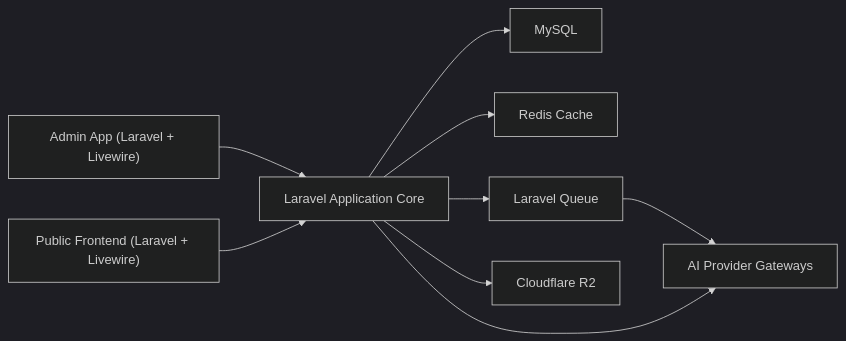
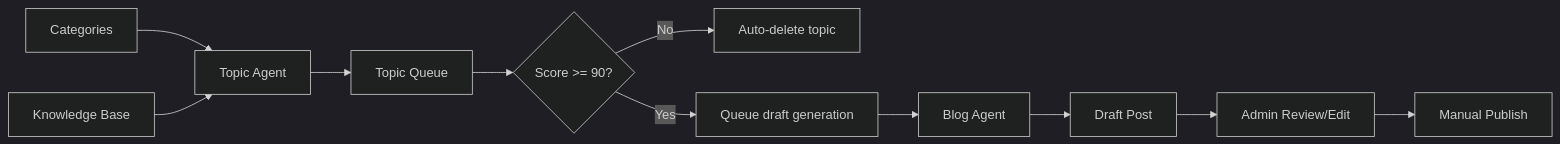
Before and after one commit to shamamit11/wwb-service: the first of 2 diagrams in docs/ARCHITECTURE.md, drawn with Mermaid (dark theme). The commit also changed other lines of this file and 113 other files, not shown here.

````diff
--- a/docs/ARCHITECTURE.md
+++ b/docs/ARCHITECTURE.md
@@ -43,11 +56,13 @@
 ```mermaid
 flowchart LR
-    A["Admin App (Laravel + Livewire)"] --> S["Laravel Application Core"]
-    F["Public Frontend (Laravel + Livewire)"] --> S
-    S --> DB["MySQL"]
-    S --> R["Redis Cache"]
-    S --> Q["Laravel Queue"]
-    S --> M["Cloudflare R2"]
-    Q --> AI["AI Provider Gateways"]
-    S --> AI
+    C["Categories"] --> T["Topic Agent"]
+    K["Knowledge Base"] --> T
+    T --> Q["Topic Queue"]
+    Q --> S{"Score >= 90?"}
+    S -- "No" --> D["Auto-delete topic"]
+    S -- "Yes" --> J["Queue draft generation"]
+    J --> B["Blog Agent"]
+    B --> P["Draft Post"]
+    P --> A["Admin Review/Edit"]
+    A --> U["Manual Publish"]
 ```
````
